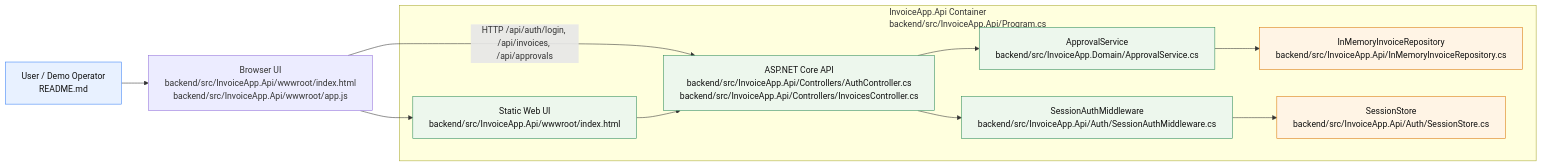
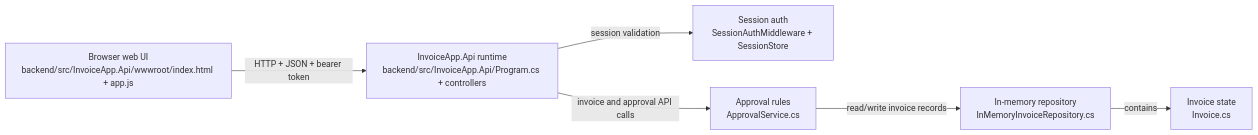
One commit to Jasmeet02/AI_In_SDLC changed the diagram in docs/as-built-container.md. Above: the diagram before and after it, drawn with Mermaid. The commit also changed other lines of this file and 19 other files, not shown here.

````diff
--- a/docs/as-built-container.md
+++ b/docs/as-built-container.md
@@ -3,31 +3,15 @@
 ```mermaid
 flowchart LR
-    User["User / Demo Operator\nREADME.md"]
-    Browser["Browser UI\nbackend/src/InvoiceApp.Api/wwwroot/index.html\nbackend/src/InvoiceApp.Api/wwwroot/app.js"]
+    Browser["Browser web UI\nbackend/src/InvoiceApp.Api/wwwroot/index.html + app.js"]
+    Api["InvoiceApp.Api runtime\nbackend/src/InvoiceApp.Api/Program.cs + controllers"]
+    Session["Session auth\nSessionAuthMiddleware + SessionStore"]
+    Domain["Approval rules\nApprovalService.cs"]
+    Repo["In-memory repository\nInMemoryInvoiceRepository.cs"]
+    Invoice["Invoice state\nInvoice.cs"]
 
-    subgraph AppContainer["InvoiceApp.Api Container\nbackend/src/InvoiceApp.Api/Program.cs"]
-        UI["Static Web UI\nbackend/src/InvoiceApp.Api/wwwroot/index.html"]
-        API["ASP.NET Core API\nbackend/src/InvoiceApp.Api/Controllers/AuthController.cs\nbackend/src/InvoiceApp.Api/Controllers/InvoicesController.cs"]
-        Auth["SessionAuthMiddleware\nbackend/src/InvoiceApp.Api/Auth/SessionAuthMiddleware.cs"]
-        Approval["ApprovalService\nbackend/src/InvoiceApp.Domain/ApprovalService.cs"]
-        Repo["InMemoryInvoiceRepository\nbackend/src/InvoiceApp.Api/InMemoryInvoiceRepository.cs"]
-        Sessions["SessionStore\nbackend/src/InvoiceApp.Api/Auth/SessionStore.cs"]
-    end
-
-    User --> Browser
-    Browser -->|HTTP /api/auth/login, /api/invoices, /api/approvals| API
-    Browser --> UI
-    UI --> API
-    API --> Auth
-    API --> Approval
-    Approval --> Repo
-    Auth --> Sessions
-
-    classDef app fill:#edf7ed,stroke:#2e8b57,color:#111;
-    classDef data fill:#fff4e5,stroke:#d97706,color:#111;
-    classDef user fill:#e8f1ff,stroke:#3b82f6,color:#111;
-
-    class User user;
-    class UI,API,Auth,Approval app;
-    class Repo,Sessions data;
+    Browser -->|HTTP + JSON + bearer token| Api
+    Api -->|session validation| Session
+    Api -->|invoice and approval API calls| Domain
+    Domain -->|read/write invoice records| Repo
+    Repo -->|contains| Invoice
 ```
````
